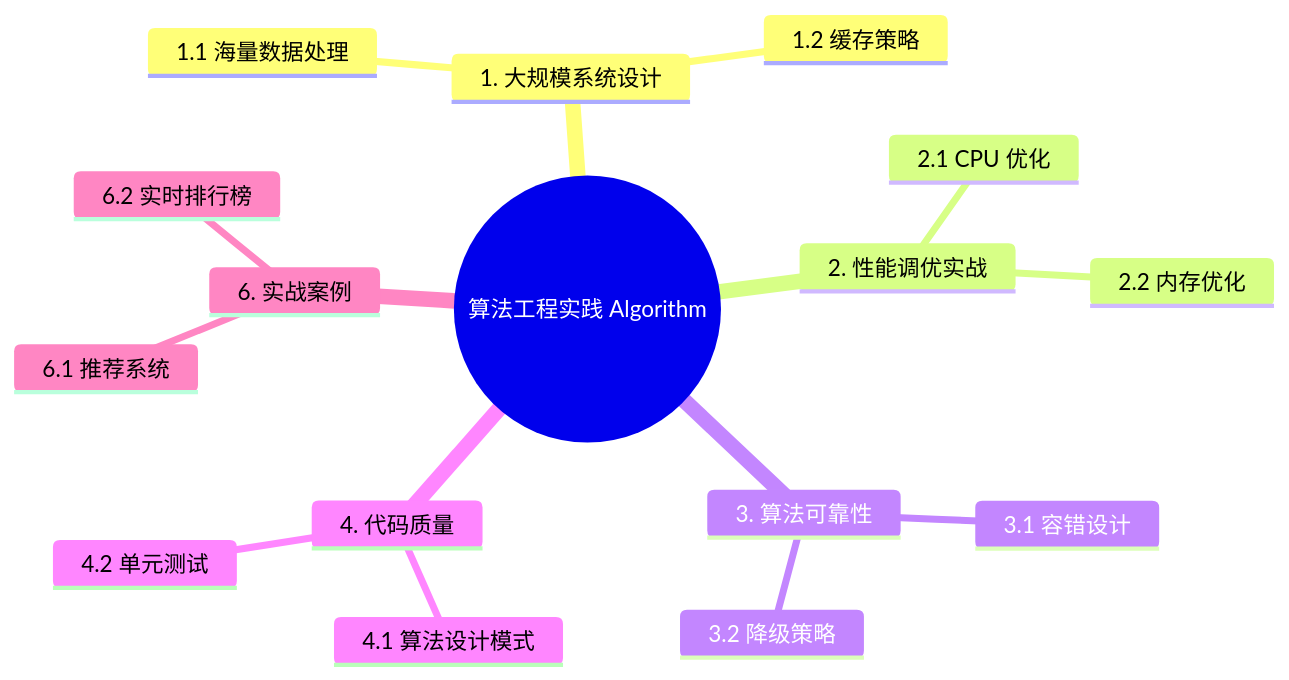
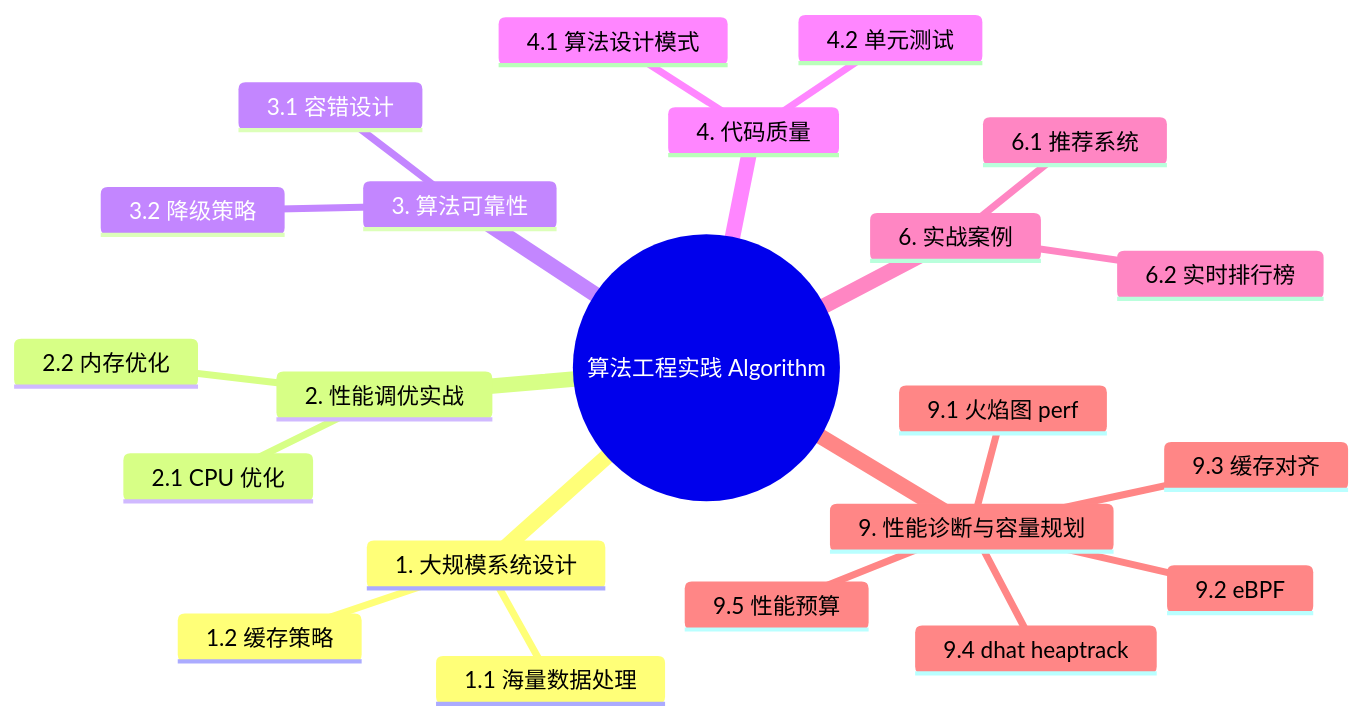
The diagram in concept/06_ecosystem/11_domain_applications/08_algorithm_engineering_practice.md (martin-ly/rust-lang), drawn with Mermaid before and after one commit. The commit also changed other lines of this file and 39 other files, not shown here.

````diff
--- a/concept/06_ecosystem/11_domain_applications/08_algorithm_engineering_practice.md
+++ b/concept/06_ecosystem/11_domain_applications/08_algorithm_engineering_practice.md
@@ -2162,19 +2282,25 @@
 ```mermaid
 mindmap
   root((算法工程实践 Algorithm))
     1. 大规模系统设计
       1.1 海量数据处理
       1.2 缓存策略
     2. 性能调优实战
       2.1 CPU 优化
       2.2 内存优化
     3. 算法可靠性
       3.1 容错设计
       3.2 降级策略
     4. 代码质量
       4.1 算法设计模式
       4.2 单元测试
     6. 实战案例
       6.1 推荐系统
       6.2 实时排行榜
+    9. 性能诊断与容量规划
+      9.1 火焰图 perf
+      9.2 eBPF
+      9.3 缓存对齐
+      9.4 dhat heaptrack
+      9.5 性能预算
 ```
````
